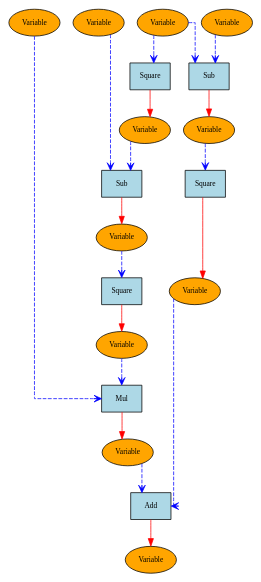
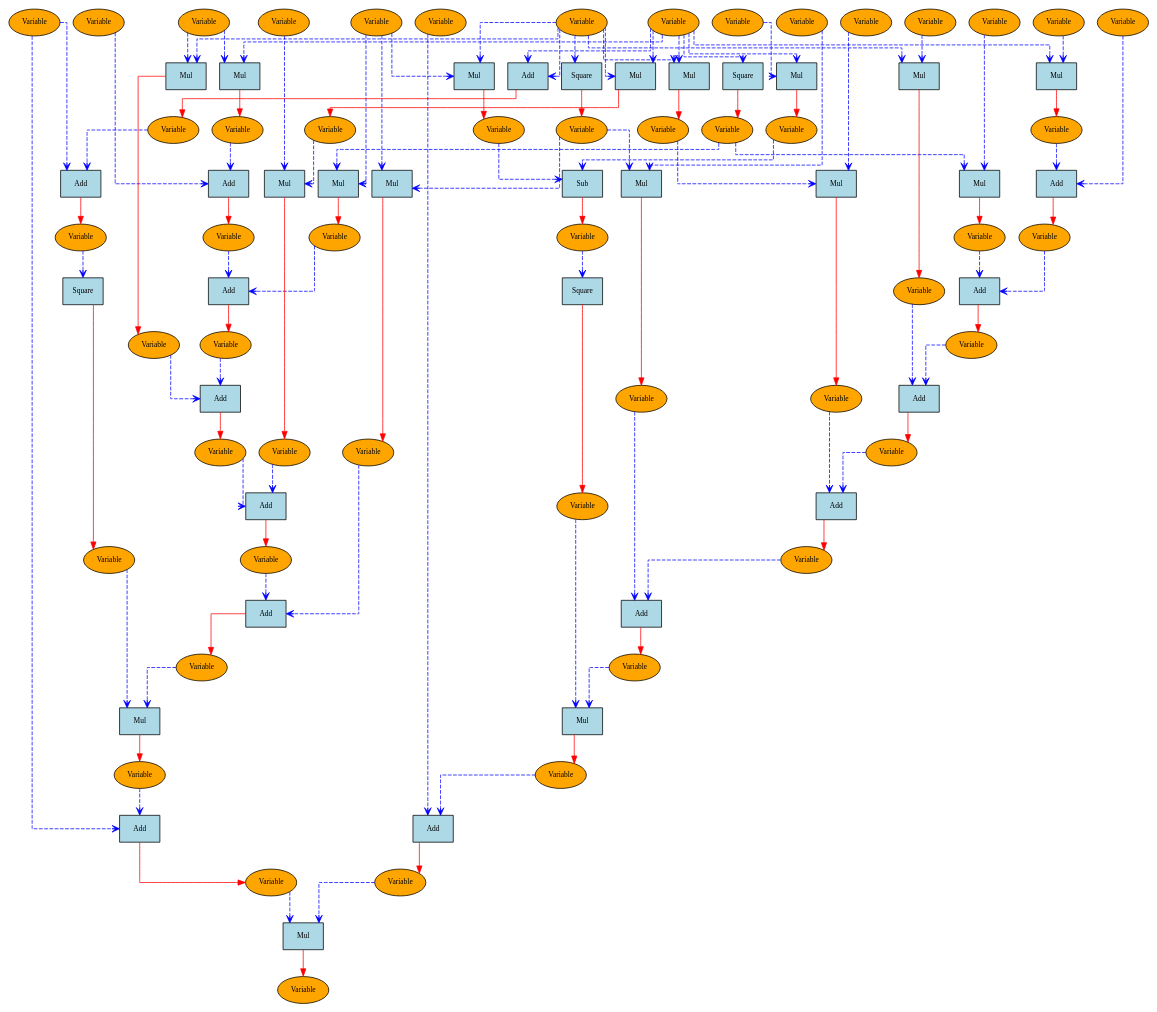
The diagram in test.dot (3QNRpDwD/TrenchDeep), drawn with Graphviz before and after one commit. The commit also changed 9 other files, not shown here.

```diff
--- a/test.dot
+++ b/test.dot
@@ -3,41 +3,196 @@
                     splines=ortho;
                   // orthogonal edges
                     node [shape=ellipse, style=filled, fillcolor=lightgoldenrod1, fontsize=10];
-    { rank=source; "0x1f5a47b2f30"; "0x1f5a47b3290"; "0x1f5a47b2fc0"; "0x1f5a47b30e0"; }
-    "0x1f5a47b2f30" [label="Variable", style=filled, fillcolor=orange];
-    "0x1f5a4792eb0" [label="Square", shape=box, style=filled, fillcolor=lightblue];
-    "0x1f5a47b2ea0" [label="Variable", style=filled, fillcolor=orange];
-    "0x1f5a47b2f30" -> "0x1f5a4792eb0" [style=dashed, color=blue, arrowhead=vee];
-    "0x1f5a4792eb0" -> "0x1f5a47b2ea0" [style=solid, color=red, arrowtail=vee];
-    "0x1f5a47b2fc0" [label="Variable", style=filled, fillcolor=orange];
-    "0x1f5a4792f40" [label="Sub", shape=box, style=filled, fillcolor=lightblue];
-    "0x1f5a47b3050" [label="Variable", style=filled, fillcolor=orange];
-    "0x1f5a47b2fc0" -> "0x1f5a4792f40" [style=dashed, color=blue, arrowhead=vee];
-    "0x1f5a47b2ea0" -> "0x1f5a4792f40" [style=dashed, color=blue, arrowhead=vee];
-    "0x1f5a4792f40" -> "0x1f5a47b3050" [style=solid, color=red, arrowtail=vee];
-    "0x1f5a4792ee0" [label="Square", shape=box, style=filled, fillcolor=lightblue];
-    "0x1f5a47b3560" [label="Variable", style=filled, fillcolor=orange];
-    "0x1f5a47b3050" -> "0x1f5a4792ee0" [style=dashed, color=blue, arrowhead=vee];
-    "0x1f5a4792ee0" -> "0x1f5a47b3560" [style=solid, color=red, arrowtail=vee];
-    "0x1f5a47b3290" [label="Variable", style=filled, fillcolor=orange];
-    "0x1f5a4792e20" [label="Mul", shape=box, style=filled, fillcolor=lightblue];
-    "0x1f5a47b3320" [label="Variable", style=filled, fillcolor=orange];
-    "0x1f5a47b3290" -> "0x1f5a4792e20" [style=dashed, color=blue, arrowhead=vee];
-    "0x1f5a47b3560" -> "0x1f5a4792e20" [style=dashed, color=blue, arrowhead=vee];
-    "0x1f5a4792e20" -> "0x1f5a47b3320" [style=solid, color=red, arrowtail=vee];
-    "0x1f5a47b30e0" [label="Variable", style=filled, fillcolor=orange];
-    "0x1f5a4792e50" [label="Sub", shape=box, style=filled, fillcolor=lightblue];
-    "0x1f5a47b33b0" [label="Variable", style=filled, fillcolor=orange];
-    "0x1f5a47b30e0" -> "0x1f5a4792e50" [style=dashed, color=blue, arrowhead=vee];
-    "0x1f5a47b2f30" -> "0x1f5a4792e50" [style=dashed, color=blue, arrowhead=vee];
-    "0x1f5a4792e50" -> "0x1f5a47b33b0" [style=solid, color=red, arrowtail=vee];
-    "0x1f5a4792fa0" [label="Square", shape=box, style=filled, fillcolor=lightblue];
-    "0x1f5a47b3440" [label="Variable", style=filled, fillcolor=orange];
-    "0x1f5a47b33b0" -> "0x1f5a4792fa0" [style=dashed, color=blue, arrowhead=vee];
-    "0x1f5a4792fa0" -> "0x1f5a47b3440" [style=solid, color=red, arrowtail=vee];
-    "0x1f5a4792e80" [label="Add", shape=box, style=filled, fillcolor=lightblue];
-    "0x1f5a47b3950" [label="Variable", style=filled, fillcolor=orange];
-    "0x1f5a47b3320" -> "0x1f5a4792e80" [style=dashed, color=blue, arrowhead=vee];
-    "0x1f5a47b3440" -> "0x1f5a4792e80" [style=dashed, color=blue, arrowhead=vee];
-    "0x1f5a4792e80" -> "0x1f5a47b3950" [style=solid, color=red, arrowtail=vee];
+    { rank=source; "0x1fe968191e0"; "0x1fe9681a590"; "0x1fe967ff3e0"; "0x1fe96818df0"; "0x1fe96819ff0"; "0x1fe967ff740"; "0x1fe96818c40"; "0x1fe967ff7d0"; "0x1fe967fed20"; "0x1fe96819540"; "0x1fe967ff1a0"; "0x1fe967ff6b0"; "0x1fe967ff500"; "0x1fe967ff110"; "0x1fe96819f60"; }
+    "0x1fe967ff3e0" [label="Variable", style=filled, fillcolor=orange];
+    "0x1fe967fed20" [label="Variable", style=filled, fillcolor=orange];
+    "0x1fe96804a70" [label="Add", shape=box, style=filled, fillcolor=lightblue];
+    "0x1fe9681a620" [label="Variable", style=filled, fillcolor=orange];
+    "0x1fe967ff3e0" -> "0x1fe96804a70" [style=dashed, color=blue, arrowhead=vee];
+    "0x1fe967fed20" -> "0x1fe96804a70" [style=dashed, color=blue, arrowhead=vee];
+    "0x1fe96804a70" -> "0x1fe9681a620" [style=solid, color=red, arrowtail=vee];
+    "0x1fe967ff110" [label="Variable", style=filled, fillcolor=orange];
+    "0x1fe96805010" [label="Add", shape=box, style=filled, fillcolor=lightblue];
+    "0x1fe968190c0" [label="Variable", style=filled, fillcolor=orange];
+    "0x1fe9681a620" -> "0x1fe96805010" [style=dashed, color=blue, arrowhead=vee];
+    "0x1fe967ff110" -> "0x1fe96805010" [style=dashed, color=blue, arrowhead=vee];
+    "0x1fe96805010" -> "0x1fe968190c0" [style=solid, color=red, arrowtail=vee];
+    "0x1fe96804f80" [label="Square", shape=box, style=filled, fillcolor=lightblue];
+    "0x1fe9681a2c0" [label="Variable", style=filled, fillcolor=orange];
+    "0x1fe967ff3e0" -> "0x1fe96804f80" [style=dashed, color=blue, arrowhead=vee];
+    "0x1fe96804f80" -> "0x1fe9681a2c0" [style=solid, color=red, arrowtail=vee];
+    "0x1fe96804b00" [label="Square", shape=box, style=filled, fillcolor=lightblue];
+    "0x1fe96819d20" [label="Variable", style=filled, fillcolor=orange];
+    "0x1fe967fed20" -> "0x1fe96804b00" [style=dashed, color=blue, arrowhead=vee];
+    "0x1fe96804b00" -> "0x1fe96819d20" [style=solid, color=red, arrowtail=vee];
+    "0x1fe967ff740" [label="Variable", style=filled, fillcolor=orange];
+    "0x1fe96805040" [label="Mul", shape=box, style=filled, fillcolor=lightblue];
+    "0x1fe96819300" [label="Variable", style=filled, fillcolor=orange];
+    "0x1fe967ff740" -> "0x1fe96805040" [style=dashed, color=blue, arrowhead=vee];
+    "0x1fe967ff3e0" -> "0x1fe96805040" [style=dashed, color=blue, arrowhead=vee];
+    "0x1fe96805040" -> "0x1fe96819300" [style=solid, color=red, arrowtail=vee];
+    "0x1fe967ff500" [label="Variable", style=filled, fillcolor=orange];
+    "0x1fe96821aa0" [label="Mul", shape=box, style=filled, fillcolor=lightblue];
+    "0x1fe96819db0" [label="Variable", style=filled, fillcolor=orange];
+    "0x1fe967ff500" -> "0x1fe96821aa0" [style=dashed, color=blue, arrowhead=vee];
+    "0x1fe9681a2c0" -> "0x1fe96821aa0" [style=dashed, color=blue, arrowhead=vee];
+    "0x1fe96821aa0" -> "0x1fe96819db0" [style=solid, color=red, arrowtail=vee];
+    "0x1fe96821b00" [label="Mul", shape=box, style=filled, fillcolor=lightblue];
+    "0x1fe96819e40" [label="Variable", style=filled, fillcolor=orange];
+    "0x1fe967ff740" -> "0x1fe96821b00" [style=dashed, color=blue, arrowhead=vee];
+    "0x1fe967fed20" -> "0x1fe96821b00" [style=dashed, color=blue, arrowhead=vee];
+    "0x1fe96821b00" -> "0x1fe96819e40" [style=solid, color=red, arrowtail=vee];
+    "0x1fe96821410" [label="Mul", shape=box, style=filled, fillcolor=lightblue];
+    "0x1fe96819930" [label="Variable", style=filled, fillcolor=orange];
+    "0x1fe967ff3e0" -> "0x1fe96821410" [style=dashed, color=blue, arrowhead=vee];
+    "0x1fe967fed20" -> "0x1fe96821410" [style=dashed, color=blue, arrowhead=vee];
+    "0x1fe96821410" -> "0x1fe96819930" [style=solid, color=red, arrowtail=vee];
+    "0x1fe967ff7d0" [label="Variable", style=filled, fillcolor=orange];
+    "0x1fe968219e0" [label="Mul", shape=box, style=filled, fillcolor=lightblue];
+    "0x1fe96819030" [label="Variable", style=filled, fillcolor=orange];
+    "0x1fe967ff7d0" -> "0x1fe968219e0" [style=dashed, color=blue, arrowhead=vee];
+    "0x1fe96819930" -> "0x1fe968219e0" [style=dashed, color=blue, arrowhead=vee];
+    "0x1fe968219e0" -> "0x1fe96819030" [style=solid, color=red, arrowtail=vee];
+    "0x1fe96821830" [label="Mul", shape=box, style=filled, fillcolor=lightblue];
+    "0x1fe96819c00" [label="Variable", style=filled, fillcolor=orange];
+    "0x1fe967ff500" -> "0x1fe96821830" [style=dashed, color=blue, arrowhead=vee];
+    "0x1fe96819d20" -> "0x1fe96821830" [style=dashed, color=blue, arrowhead=vee];
+    "0x1fe96821830" -> "0x1fe96819c00" [style=solid, color=red, arrowtail=vee];
+    "0x1fe968191e0" [label="Variable", style=filled, fillcolor=orange];
+    "0x1fe96821710" [label="Add", shape=box, style=filled, fillcolor=lightblue];
+    "0x1fe96819420" [label="Variable", style=filled, fillcolor=orange];
+    "0x1fe968191e0" -> "0x1fe96821710" [style=dashed, color=blue, arrowhead=vee];
+    "0x1fe96819300" -> "0x1fe96821710" [style=dashed, color=blue, arrowhead=vee];
+    "0x1fe96821710" -> "0x1fe96819420" [style=solid, color=red, arrowtail=vee];
+    "0x1fe96821440" [label="Add", shape=box, style=filled, fillcolor=lightblue];
+    "0x1fe96819150" [label="Variable", style=filled, fillcolor=orange];
+    "0x1fe96819420" -> "0x1fe96821440" [style=dashed, color=blue, arrowhead=vee];
+    "0x1fe96819db0" -> "0x1fe96821440" [style=dashed, color=blue, arrowhead=vee];
+    "0x1fe96821440" -> "0x1fe96819150" [style=solid, color=red, arrowtail=vee];
+    "0x1fe96821860" [label="Add", shape=box, style=filled, fillcolor=lightblue];
+    "0x1fe96819ed0" [label="Variable", style=filled, fillcolor=orange];
+    "0x1fe96819150" -> "0x1fe96821860" [style=dashed, color=blue, arrowhead=vee];
+    "0x1fe96819e40" -> "0x1fe96821860" [style=dashed, color=blue, arrowhead=vee];
+    "0x1fe96821860" -> "0x1fe96819ed0" [style=solid, color=red, arrowtail=vee];
+    "0x1fe96821920" [label="Add", shape=box, style=filled, fillcolor=lightblue];
+    "0x1fe9681a080" [label="Variable", style=filled, fillcolor=orange];
+    "0x1fe96819ed0" -> "0x1fe96821920" [style=dashed, color=blue, arrowhead=vee];
+    "0x1fe96819030" -> "0x1fe96821920" [style=dashed, color=blue, arrowhead=vee];
+    "0x1fe96821920" -> "0x1fe9681a080" [style=solid, color=red, arrowtail=vee];
+    "0x1fe96821950" [label="Add", shape=box, style=filled, fillcolor=lightblue];
+    "0x1fe96819270" [label="Variable", style=filled, fillcolor=orange];
+    "0x1fe9681a080" -> "0x1fe96821950" [style=dashed, color=blue, arrowhead=vee];
+    "0x1fe96819c00" -> "0x1fe96821950" [style=dashed, color=blue, arrowhead=vee];
+    "0x1fe96821950" -> "0x1fe96819270" [style=solid, color=red, arrowtail=vee];
+    "0x1fe96821680" [label="Square", shape=box, style=filled, fillcolor=lightblue];
+    "0x1fe9681a1a0" [label="Variable", style=filled, fillcolor=orange];
+    "0x1fe968190c0" -> "0x1fe96821680" [style=dashed, color=blue, arrowhead=vee];
+    "0x1fe96821680" -> "0x1fe9681a1a0" [style=solid, color=red, arrowtail=vee];
+    "0x1fe96821470" [label="Mul", shape=box, style=filled, fillcolor=lightblue];
+    "0x1fe968194b0" [label="Variable", style=filled, fillcolor=orange];
+    "0x1fe9681a1a0" -> "0x1fe96821470" [style=dashed, color=blue, arrowhead=vee];
+    "0x1fe96819270" -> "0x1fe96821470" [style=dashed, color=blue, arrowhead=vee];
+    "0x1fe96821470" -> "0x1fe968194b0" [style=solid, color=red, arrowtail=vee];
+    "0x1fe96821890" [label="Add", shape=box, style=filled, fillcolor=lightblue];
+    "0x1fe96818e80" [label="Variable", style=filled, fillcolor=orange];
+    "0x1fe967ff110" -> "0x1fe96821890" [style=dashed, color=blue, arrowhead=vee];
+    "0x1fe968194b0" -> "0x1fe96821890" [style=dashed, color=blue, arrowhead=vee];
+    "0x1fe96821890" -> "0x1fe96818e80" [style=solid, color=red, arrowtail=vee];
+    "0x1fe967ff1a0" [label="Variable", style=filled, fillcolor=orange];
+    "0x1fe968219b0" [label="Mul", shape=box, style=filled, fillcolor=lightblue];
+    "0x1fe9681a3e0" [label="Variable", style=filled, fillcolor=orange];
+    "0x1fe967ff1a0" -> "0x1fe968219b0" [style=dashed, color=blue, arrowhead=vee];
+    "0x1fe967ff3e0" -> "0x1fe968219b0" [style=dashed, color=blue, arrowhead=vee];
+    "0x1fe968219b0" -> "0x1fe9681a3e0" [style=solid, color=red, arrowtail=vee];
+    "0x1fe968213b0" [label="Mul", shape=box, style=filled, fillcolor=lightblue];
+    "0x1fe96819a50" [label="Variable", style=filled, fillcolor=orange];
+    "0x1fe967ff500" -> "0x1fe968213b0" [style=dashed, color=blue, arrowhead=vee];
+    "0x1fe967fed20" -> "0x1fe968213b0" [style=dashed, color=blue, arrowhead=vee];
+    "0x1fe968213b0" -> "0x1fe96819a50" [style=solid, color=red, arrowtail=vee];
+    "0x1fe968214a0" [label="Sub", shape=box, style=filled, fillcolor=lightblue];
+    "0x1fe968199c0" [label="Variable", style=filled, fillcolor=orange];
+    "0x1fe9681a3e0" -> "0x1fe968214a0" [style=dashed, color=blue, arrowhead=vee];
+    "0x1fe96819a50" -> "0x1fe968214a0" [style=dashed, color=blue, arrowhead=vee];
+    "0x1fe968214a0" -> "0x1fe968199c0" [style=solid, color=red, arrowtail=vee];
+    "0x1fe96819ff0" [label="Variable", style=filled, fillcolor=orange];
+    "0x1fe96821980" [label="Mul", shape=box, style=filled, fillcolor=lightblue];
+    "0x1fe9681a110" [label="Variable", style=filled, fillcolor=orange];
+    "0x1fe96819ff0" -> "0x1fe96821980" [style=dashed, color=blue, arrowhead=vee];
+    "0x1fe967ff3e0" -> "0x1fe96821980" [style=dashed, color=blue, arrowhead=vee];
+    "0x1fe96821980" -> "0x1fe9681a110" [style=solid, color=red, arrowtail=vee];
+    "0x1fe967ff6b0" [label="Variable", style=filled, fillcolor=orange];
+    "0x1fe968214d0" [label="Mul", shape=box, style=filled, fillcolor=lightblue];
+    "0x1fe9681a230" [label="Variable", style=filled, fillcolor=orange];
+    "0x1fe967ff6b0" -> "0x1fe968214d0" [style=dashed, color=blue, arrowhead=vee];
+    "0x1fe9681a2c0" -> "0x1fe968214d0" [style=dashed, color=blue, arrowhead=vee];
+    "0x1fe968214d0" -> "0x1fe9681a230" [style=solid, color=red, arrowtail=vee];
+    "0x1fe96818c40" [label="Variable", style=filled, fillcolor=orange];
+    "0x1fe96821770" [label="Mul", shape=box, style=filled, fillcolor=lightblue];
+    "0x1fe9681aaa0" [label="Variable", style=filled, fillcolor=orange];
+    "0x1fe96818c40" -> "0x1fe96821770" [style=dashed, color=blue, arrowhead=vee];
+    "0x1fe967fed20" -> "0x1fe96821770" [style=dashed, color=blue, arrowhead=vee];
+    "0x1fe96821770" -> "0x1fe9681aaa0" [style=solid, color=red, arrowtail=vee];
+    "0x1fe96821380" [label="Mul", shape=box, style=filled, fillcolor=lightblue];
+    "0x1fe96818f10" [label="Variable", style=filled, fillcolor=orange];
+    "0x1fe967ff3e0" -> "0x1fe96821380" [style=dashed, color=blue, arrowhead=vee];
+    "0x1fe967fed20" -> "0x1fe96821380" [style=dashed, color=blue, arrowhead=vee];
+    "0x1fe96821380" -> "0x1fe96818f10" [style=solid, color=red, arrowtail=vee];
+    "0x1fe96818df0" [label="Variable", style=filled, fillcolor=orange];
+    "0x1fe968217a0" [label="Mul", shape=box, style=filled, fillcolor=lightblue];
+    "0x1fe9681a8f0" [label="Variable", style=filled, fillcolor=orange];
+    "0x1fe96818df0" -> "0x1fe968217a0" [style=dashed, color=blue, arrowhead=vee];
+    "0x1fe96818f10" -> "0x1fe968217a0" [style=dashed, color=blue, arrowhead=vee];
+    "0x1fe968217a0" -> "0x1fe9681a8f0" [style=solid, color=red, arrowtail=vee];
+    "0x1fe96819540" [label="Variable", style=filled, fillcolor=orange];
+    "0x1fe96821740" [label="Mul", shape=box, style=filled, fillcolor=lightblue];
+    "0x1fe9681a350" [label="Variable", style=filled, fillcolor=orange];
+    "0x1fe96819540" -> "0x1fe96821740" [style=dashed, color=blue, arrowhead=vee];
+    "0x1fe96819d20" -> "0x1fe96821740" [style=dashed, color=blue, arrowhead=vee];
+    "0x1fe96821740" -> "0x1fe9681a350" [style=solid, color=red, arrowtail=vee];
+    "0x1fe96819f60" [label="Variable", style=filled, fillcolor=orange];
+    "0x1fe96821500" [label="Add", shape=box, style=filled, fillcolor=lightblue];
+    "0x1fe9681a740" [label="Variable", style=filled, fillcolor=orange];
+    "0x1fe96819f60" -> "0x1fe96821500" [style=dashed, color=blue, arrowhead=vee];
+    "0x1fe9681a110" -> "0x1fe96821500" [style=dashed, color=blue, arrowhead=vee];
+    "0x1fe96821500" -> "0x1fe9681a740" [style=solid, color=red, arrowtail=vee];
+    "0x1fe968216e0" [label="Add", shape=box, style=filled, fillcolor=lightblue];
+    "0x1fe968195d0" [label="Variable", style=filled, fillcolor=orange];
+    "0x1fe9681a740" -> "0x1fe968216e0" [style=dashed, color=blue, arrowhead=vee];
+    "0x1fe9681a230" -> "0x1fe968216e0" [style=dashed, color=blue, arrowhead=vee];
+    "0x1fe968216e0" -> "0x1fe968195d0" [style=solid, color=red, arrowtail=vee];
+    "0x1fe968215c0" [label="Add", shape=box, style=filled, fillcolor=lightblue];
+    "0x1fe968196f0" [label="Variable", style=filled, fillcolor=orange];
+    "0x1fe968195d0" -> "0x1fe968215c0" [style=dashed, color=blue, arrowhead=vee];
+    "0x1fe9681aaa0" -> "0x1fe968215c0" [style=dashed, color=blue, arrowhead=vee];
+    "0x1fe968215c0" -> "0x1fe968196f0" [style=solid, color=red, arrowtail=vee];
+    "0x1fe968218c0" [label="Add", shape=box, style=filled, fillcolor=lightblue];
+    "0x1fe96819780" [label="Variable", style=filled, fillcolor=orange];
+    "0x1fe968196f0" -> "0x1fe968218c0" [style=dashed, color=blue, arrowhead=vee];
+    "0x1fe9681a8f0" -> "0x1fe968218c0" [style=dashed, color=blue, arrowhead=vee];
+    "0x1fe968218c0" -> "0x1fe96819780" [style=solid, color=red, arrowtail=vee];
+    "0x1fe968218f0" [label="Add", shape=box, style=filled, fillcolor=lightblue];
+    "0x1fe9681a470" [label="Variable", style=filled, fillcolor=orange];
+    "0x1fe96819780" -> "0x1fe968218f0" [style=dashed, color=blue, arrowhead=vee];
+    "0x1fe9681a350" -> "0x1fe968218f0" [style=dashed, color=blue, arrowhead=vee];
+    "0x1fe968218f0" -> "0x1fe9681a470" [style=solid, color=red, arrowtail=vee];
+    "0x1fe968217d0" [label="Square", shape=box, style=filled, fillcolor=lightblue];
+    "0x1fe96819810" [label="Variable", style=filled, fillcolor=orange];
+    "0x1fe968199c0" -> "0x1fe968217d0" [style=dashed, color=blue, arrowhead=vee];
+    "0x1fe968217d0" -> "0x1fe96819810" [style=solid, color=red, arrowtail=vee];
+    "0x1fe96821a10" [label="Mul", shape=box, style=filled, fillcolor=lightblue];
+    "0x1fe9681a500" [label="Variable", style=filled, fillcolor=orange];
+    "0x1fe96819810" -> "0x1fe96821a10" [style=dashed, color=blue, arrowhead=vee];
+    "0x1fe9681a470" -> "0x1fe96821a10" [style=dashed, color=blue, arrowhead=vee];
+    "0x1fe96821a10" -> "0x1fe9681a500" [style=solid, color=red, arrowtail=vee];
+    "0x1fe9681a590" [label="Variable", style=filled, fillcolor=orange];
+    "0x1fe96821ad0" [label="Add", shape=box, style=filled, fillcolor=lightblue];
+    "0x1fe968198a0" [label="Variable", style=filled, fillcolor=orange];
+    "0x1fe9681a590" -> "0x1fe96821ad0" [style=dashed, color=blue, arrowhead=vee];
+    "0x1fe9681a500" -> "0x1fe96821ad0" [style=dashed, color=blue, arrowhead=vee];
+    "0x1fe96821ad0" -> "0x1fe968198a0" [style=solid, color=red, arrowtail=vee];
+    "0x1fe968213e0" [label="Mul", shape=box, style=filled, fillcolor=lightblue];
+    "0x1fe96819ae0" [label="Variable", style=filled, fillcolor=orange];
+    "0x1fe96818e80" -> "0x1fe968213e0" [style=dashed, color=blue, arrowhead=vee];
+    "0x1fe968198a0" -> "0x1fe968213e0" [style=dashed, color=blue, arrowhead=vee];
+    "0x1fe968213e0" -> "0x1fe96819ae0" [style=solid, color=red, arrowtail=vee];
 }
```
